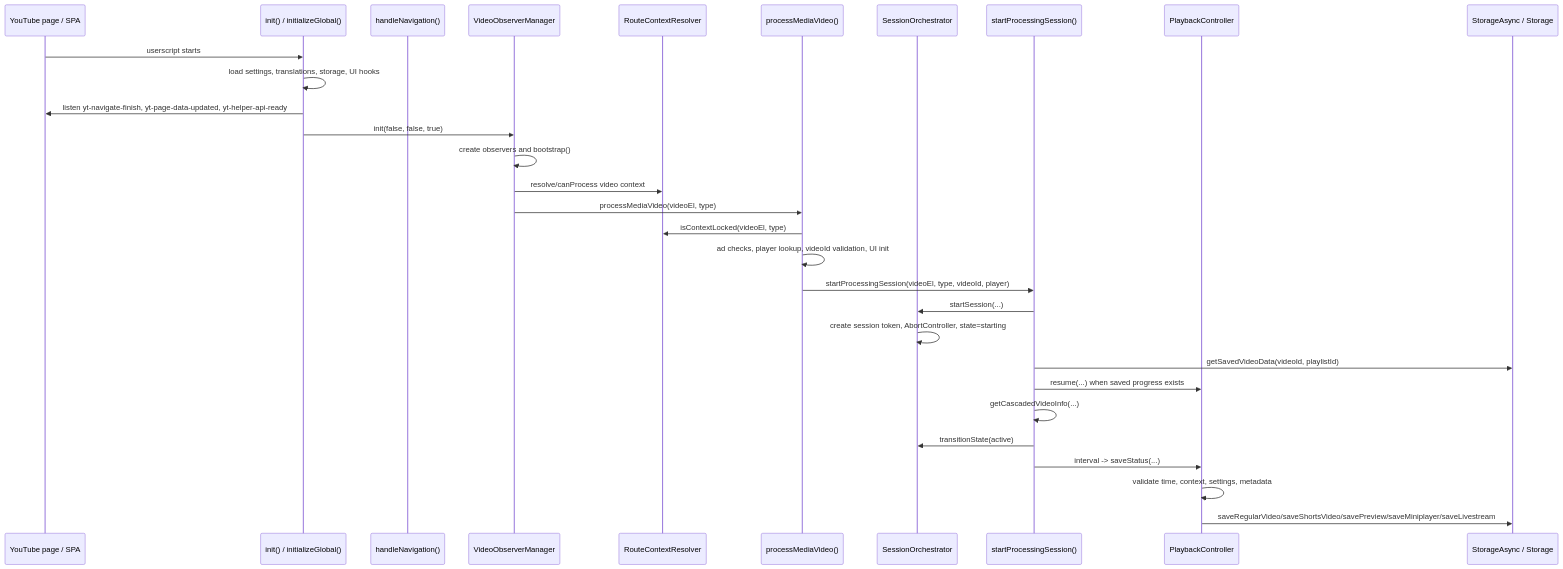
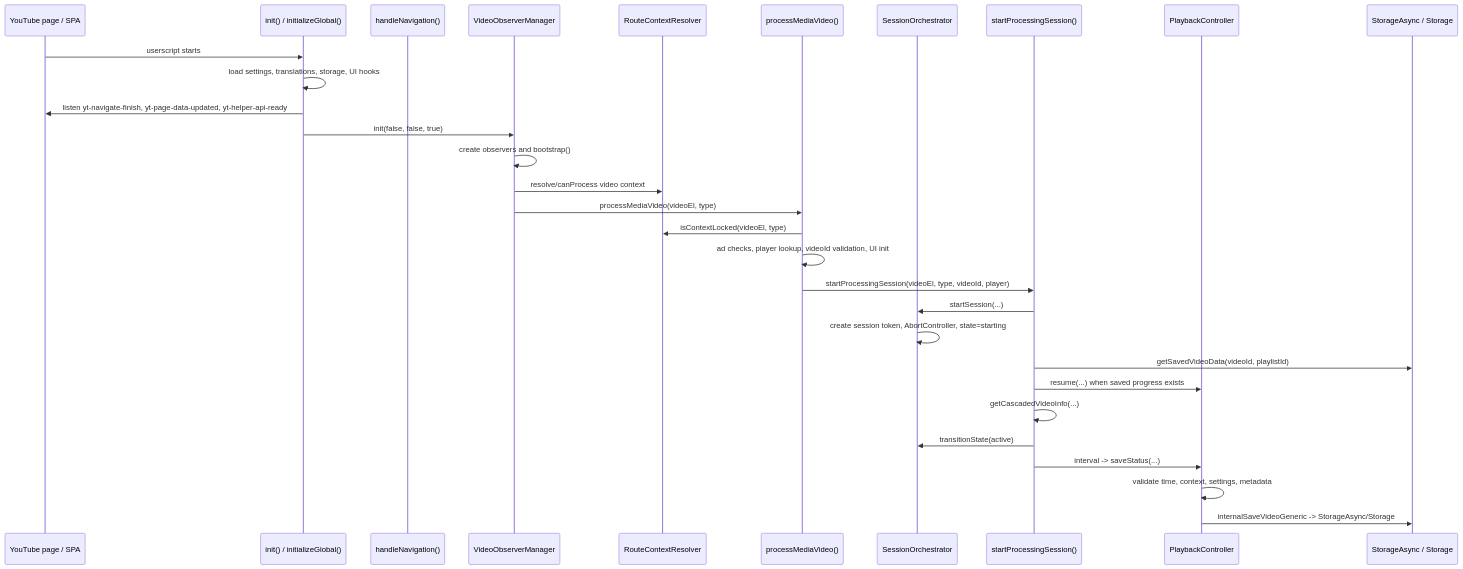
One commit to Alplox/Youtube-Playback-Plox changed the first of 2 diagrams in docs/operation-flow.md. Above: the diagram before and after it, drawn with Mermaid. The commit also changed other lines of this file and 7 other files, not shown here.

````diff
--- a/docs/operation-flow.md
+++ b/docs/operation-flow.md
@@ -22,33 +22,33 @@
 ```mermaid
 sequenceDiagram
     participant YT as YouTube page / SPA
     participant Init as init() / initializeGlobal()
     participant Nav as handleNavigation()
     participant VOM as VideoObserverManager
     participant RCR as RouteContextResolver
     participant PMV as processMediaVideo()
     participant SO as SessionOrchestrator
     participant PCS as startProcessingSession()
     participant PC as PlaybackController
     participant Store as StorageAsync / Storage
 
     YT->>Init: userscript starts
     Init->>Init: load settings, translations, storage, UI hooks
     Init->>YT: listen yt-navigate-finish, yt-page-data-updated, yt-helper-api-ready
     Init->>VOM: init(false, false, true)
     VOM->>VOM: create observers and bootstrap()
     VOM->>RCR: resolve/canProcess video context
     VOM->>PMV: processMediaVideo(videoEl, type)
     PMV->>RCR: isContextLocked(videoEl, type)
     PMV->>PMV: ad checks, player lookup, videoId validation, UI init
     PMV->>PCS: startProcessingSession(videoEl, type, videoId, player)
     PCS->>SO: startSession(...)
     SO->>SO: create session token, AbortController, state=starting
     PCS->>Store: getSavedVideoData(videoId, playlistId)
     PCS->>PC: resume(...) when saved progress exists
     PCS->>PCS: getCascadedVideoInfo(...)
     PCS->>SO: transitionState(active)
     PCS->>PC: interval -> saveStatus(...)
     PC->>PC: validate time, context, settings, metadata
-    PC->>Store: saveRegularVideo/saveShortsVideo/savePreview/saveMiniplayer/saveLivestream
+    PC->>Store: internalSaveVideoGeneric -> StorageAsync/Storage
 ```
````
